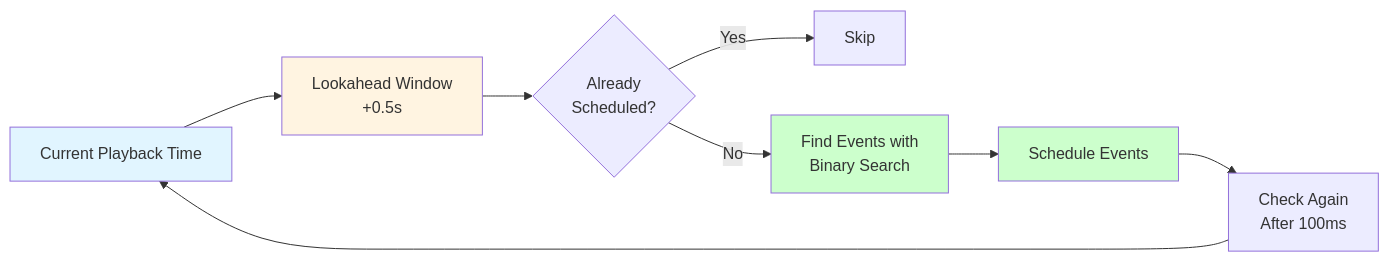
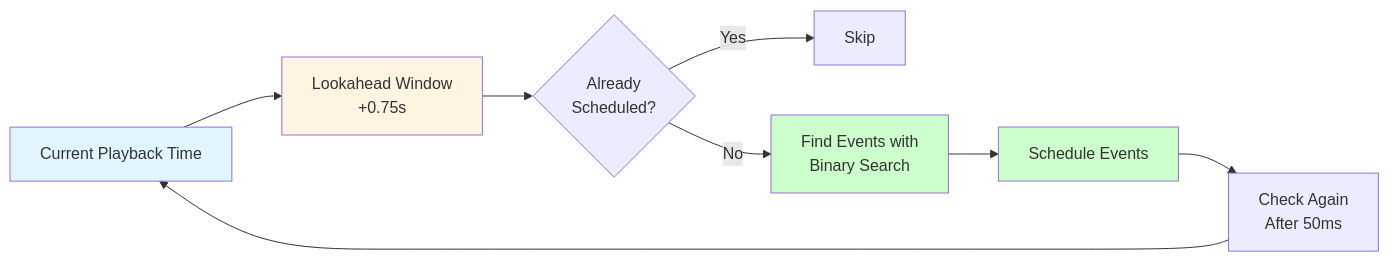
One commit to JaceDashS/online-sequencer changed the second of 3 diagrams in docs/architecture/optimization-design/implementation-level/lookahead-scheduling.en.md. Above: the diagram before and after it, drawn with Mermaid. The commit also changed other lines of this file and 4 other files, not shown here.

````diff
--- a/docs/architecture/optimization-design/implementation-level/lookahead-scheduling.en.md
+++ b/docs/architecture/optimization-design/implementation-level/lookahead-scheduling.en.md
@@ -61,15 +61,15 @@
 ```mermaid
 graph LR
-    A[Current Playback Time] --> B[Lookahead Window<br/>+0.5s]
+    A[Current Playback Time] --> B[Lookahead Window<br/>+0.75s]
     B --> C{Already<br/>Scheduled?}
     C -->|Yes| D[Skip]
     C -->|No| E[Find Events with<br/>Binary Search]
     E --> F[Schedule Events]
-    F --> G[Check Again<br/>After 100ms]
+    F --> G[Check Again<br/>After 50ms]
     G --> A
     
     style A fill:#e1f5ff
     style B fill:#fff4e1
     style E fill:#ccffcc
     style F fill:#ccffcc
 ```
````
